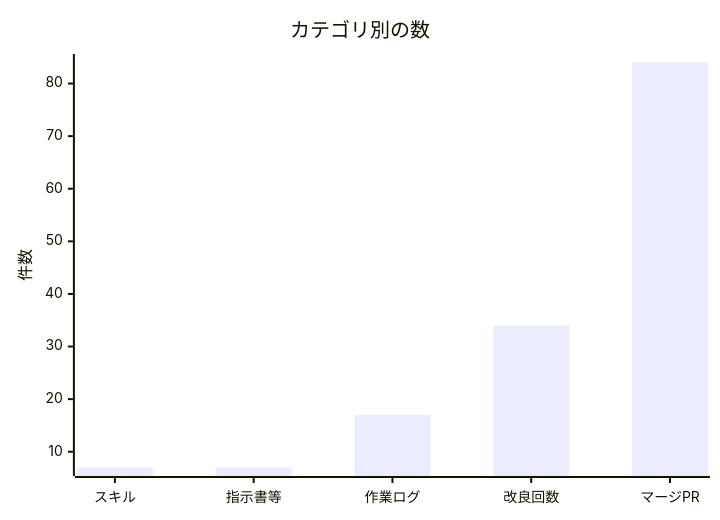
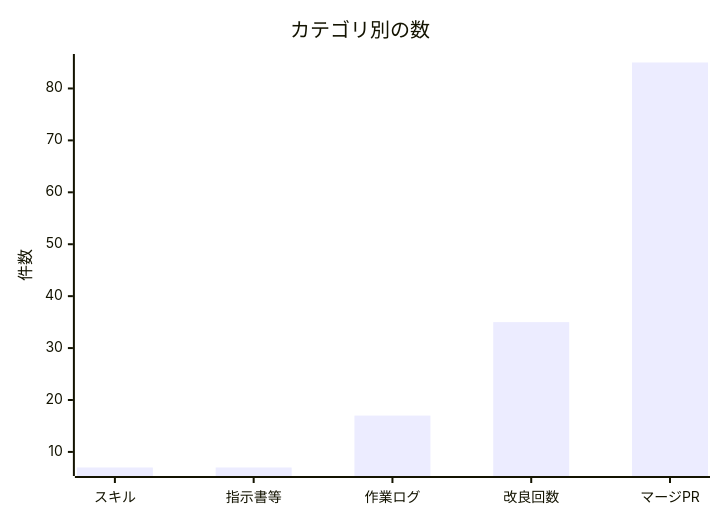
One commit to non-x2/non-x2 changed the second of 2 diagrams in docs/進化レポート.md. Above: the diagram before and after it, drawn with Mermaid. The commit also changed other lines of this file and 2 other files, not shown here.

````diff
--- a/docs/進化レポート.md
+++ b/docs/進化レポート.md
@@ -33,7 +33,7 @@
 ```mermaid
 xychart-beta
     title "カテゴリ別の数"
     x-axis ["スキル", "指示書等", "作業ログ", "改良回数", "マージPR"]
     y-axis "件数"
-    bar [7, 7, 17, 34, 84]
+    bar [7, 7, 17, 35, 85]
 ```
````
